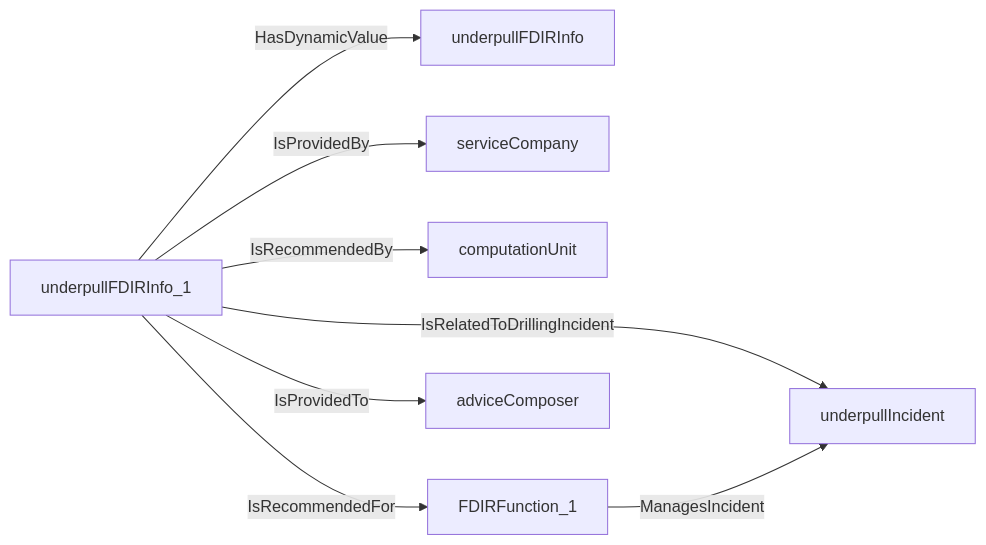
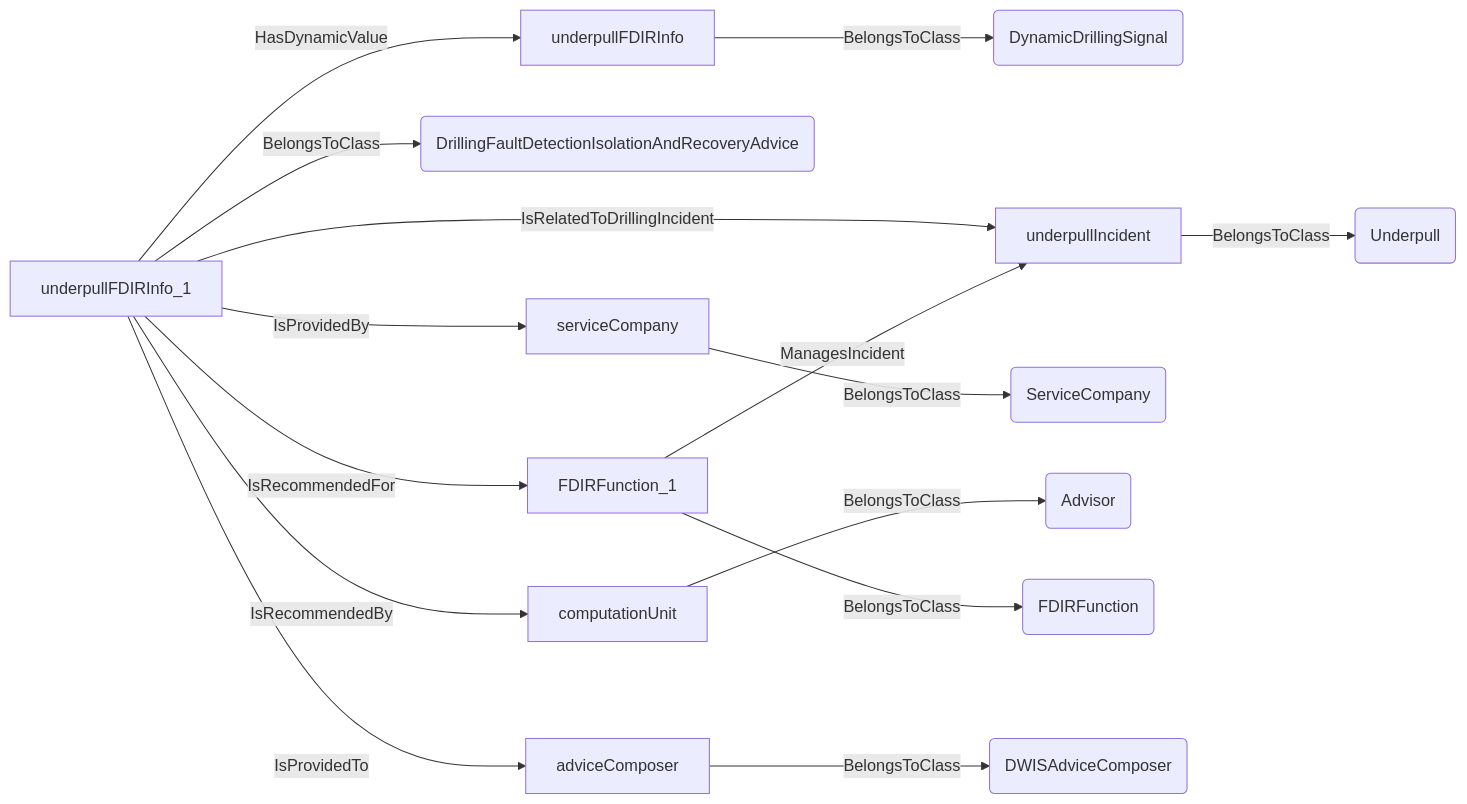
Before and after one commit to D-WIS/DDHub-Semantic-Interoperability: the fifth of 17 diagrams in docs/vocabulary_development/auto-generated/md/definition-files/DrillingIncident.md, drawn with Mermaid. The commit also changed other lines of this file and 14 other files, not shown here.

````diff
--- a/docs/vocabulary_development/auto-generated/md/definition-files/DrillingIncident.md
+++ b/docs/vocabulary_development/auto-generated/md/definition-files/DrillingIncident.md
@@ -278,10 +320,17 @@
 ```mermaid
 graph LR
-	N0000[underpullFDIRInfo_1] -->|HasDynamicValue| N0001[underpullFDIRInfo] 
-	N0000[underpullFDIRInfo_1] -->|IsRelatedToDrillingIncident| N0002[underpullIncident] 
-	N0000[underpullFDIRInfo_1] -->|IsProvidedBy| N0003[serviceCompany] 
-	N0000[underpullFDIRInfo_1] -->|IsRecommendedBy| N0004[computationUnit] 
-	N0005[FDIRFunction_1] -->|ManagesIncident| N0002[underpullIncident] 
-	N0000[underpullFDIRInfo_1] -->|IsRecommendedFor| N0005[FDIRFunction_1] 
-	N0000[underpullFDIRInfo_1] -->|IsProvidedTo| N0006[adviceComposer] 
+	N0000[underpullFDIRInfo] -->|BelongsToClass| N0001(DynamicDrillingSignal) 
+	N0002[underpullFDIRInfo_1] -->|BelongsToClass| N0003(DrillingFaultDetectionIsolationAndRecoveryAdvice) 
+	N0002[underpullFDIRInfo_1] -->|HasDynamicValue| N0000[underpullFDIRInfo] 
+	N0004[underpullIncident] -->|BelongsToClass| N0005(Underpull) 
+	N0002[underpullFDIRInfo_1] -->|IsRelatedToDrillingIncident| N0004[underpullIncident] 
+	N0006[serviceCompany] -->|BelongsToClass| N0007(ServiceCompany) 
+	N0002[underpullFDIRInfo_1] -->|IsProvidedBy| N0006[serviceCompany] 
+	N0008[computationUnit] -->|BelongsToClass| N0009(Advisor) 
+	N0002[underpullFDIRInfo_1] -->|IsRecommendedBy| N0008[computationUnit] 
+	N0010[FDIRFunction_1] -->|BelongsToClass| N0011(FDIRFunction) 
+	N0010[FDIRFunction_1] -->|ManagesIncident| N0004[underpullIncident] 
+	N0002[underpullFDIRInfo_1] -->|IsRecommendedFor| N0010[FDIRFunction_1] 
+	N0012[adviceComposer] -->|BelongsToClass| N0013(DWISAdviceComposer) 
+	N0002[underpullFDIRInfo_1] -->|IsProvidedTo| N0012[adviceComposer] 
 ```
````
